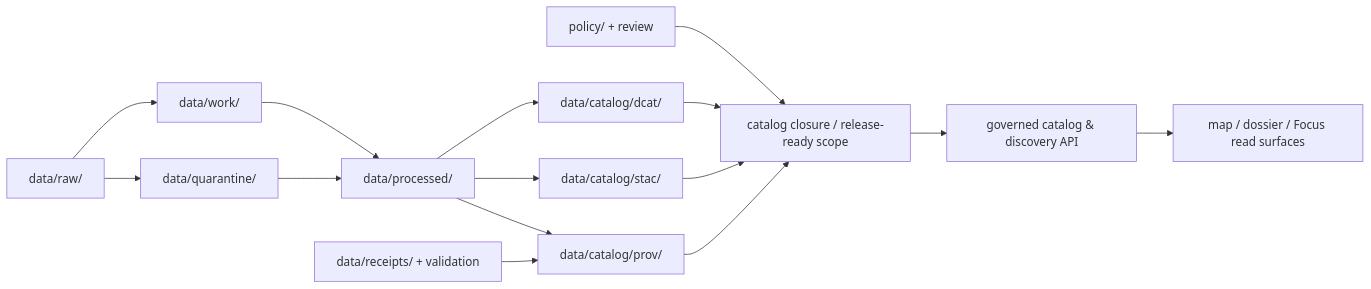
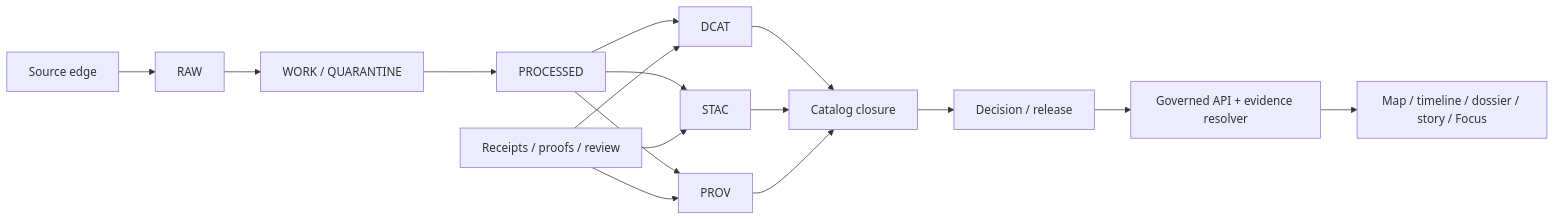
The diagram in data/catalog/README.md (bartytime4life/Kansas-Frontier-Matrix), drawn with Mermaid before and after one commit. The commit also changed other lines of this file, not shown here.

````diff
--- a/data/catalog/README.md
+++ b/data/catalog/README.md
@@ -194,21 +268,22 @@
 ```mermaid
 flowchart LR
-    RAW["data/raw/"] --> WORK["data/work/"]
-    RAW --> QUAR["data/quarantine/"]
-    WORK --> PROC["data/processed/"]
-    QUAR --> PROC
+    A[Source edge] --> B[RAW]
+    B --> C[WORK / QUARANTINE]
+    C --> D[PROCESSED]
 
-    PROC --> DCAT["data/catalog/dcat/"]
-    PROC --> STAC["data/catalog/stac/"]
-    PROC --> PROV["data/catalog/prov/"]
+    D --> E[DCAT]
+    D --> F[STAC]
+    D --> G[PROV]
 
-    RECEIPTS["data/receipts/ + validation"] --> PROV
-    POLICY["policy/ + review"] --> CLOSURE["catalog closure / release-ready scope"]
+    H[Receipts / proofs / review] --> E
+    H --> F
+    H --> G
 
-    DCAT --> CLOSURE
-    STAC --> CLOSURE
-    PROV --> CLOSURE
+    E --> I[Catalog closure]
+    F --> I
+    G --> I
 
-    CLOSURE --> API["governed catalog & discovery API"]
-    API --> UI["map / dossier / Focus read surfaces"]
+    I --> J[Decision / release]
+    J --> K[Governed API + evidence resolver]
+    K --> L[Map / timeline / dossier / story / Focus]
 ```
````
